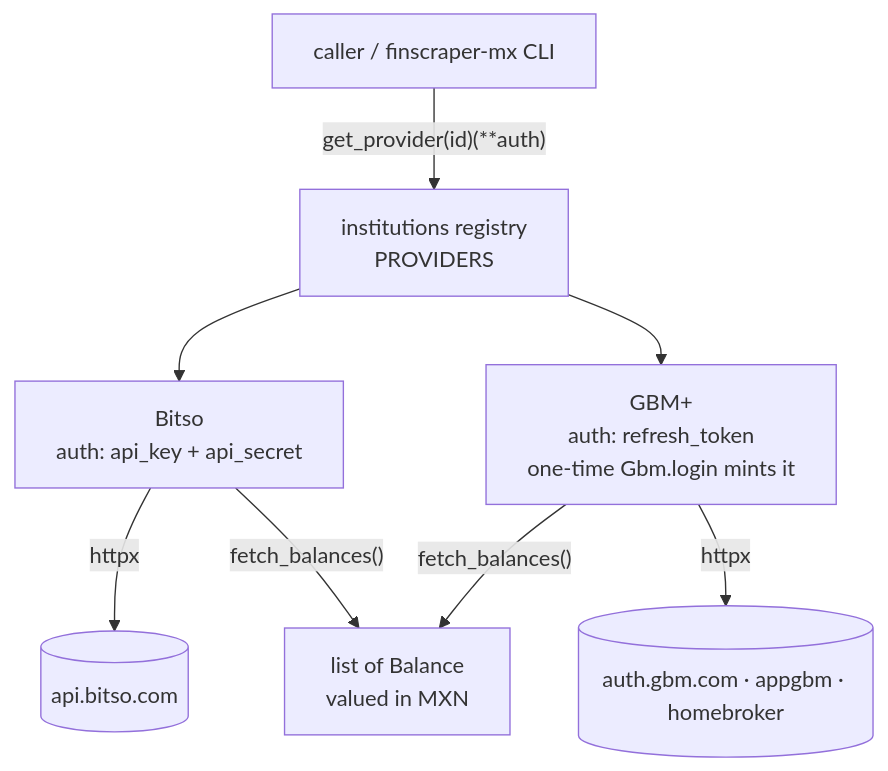
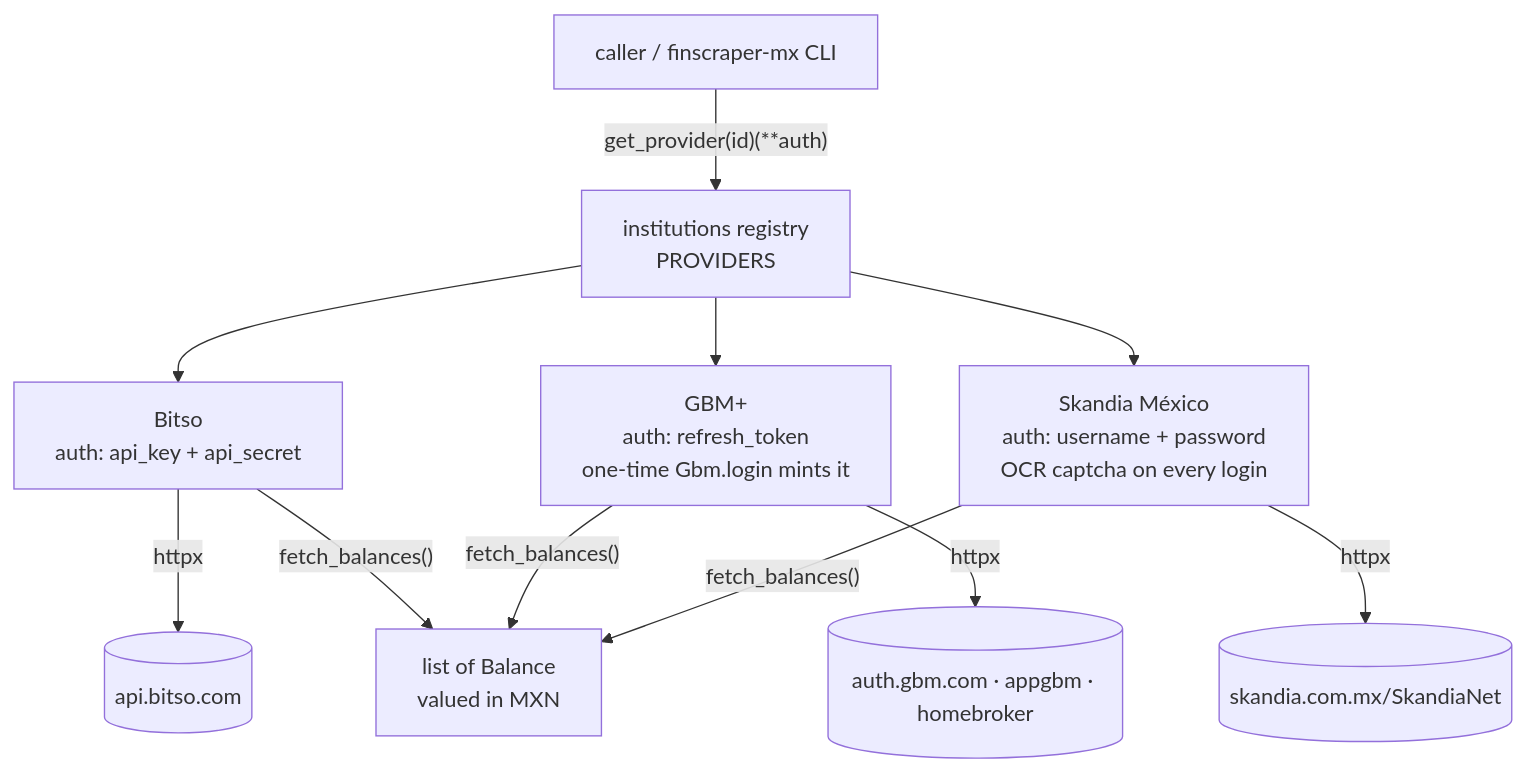
One commit to PaoloReyes/finscraper-mx changed the diagram in CLAUDE.md. Above: the diagram before and after it, drawn with Mermaid. The commit also changed other lines of this file and 14 other files, not shown here.

Commit message:
Add Skandia México provider (Fondo de Ahorro)

````diff
--- a/CLAUDE.md
+++ b/CLAUDE.md
@@ -26,10 +26,13 @@
 ```mermaid
 flowchart TD
   caller["caller / finscraper-mx CLI"] -->|"get_provider(id)(**auth)"| reg["institutions registry<br/>PROVIDERS"]
   reg --> bitso["Bitso<br/>auth: api_key + api_secret"]
   reg --> gbm["GBM+<br/>auth: refresh_token<br/>one-time Gbm.login mints it"]
+  reg --> skandia["Skandia México<br/>auth: username + password<br/>OCR captcha on every login"]
   bitso -->|"httpx"| bapi[("api.bitso.com")]
   gbm -->|"httpx"| gapi[("auth.gbm.com · appgbm · homebroker")]
+  skandia -->|"httpx"| sapi[("skandia.com.mx/SkandiaNet")]
   bitso -->|"fetch_balances()"| bal["list of Balance<br/>valued in MXN"]
   gbm -->|"fetch_balances()"| bal
+  skandia -->|"fetch_balances()"| bal
 ```
````
